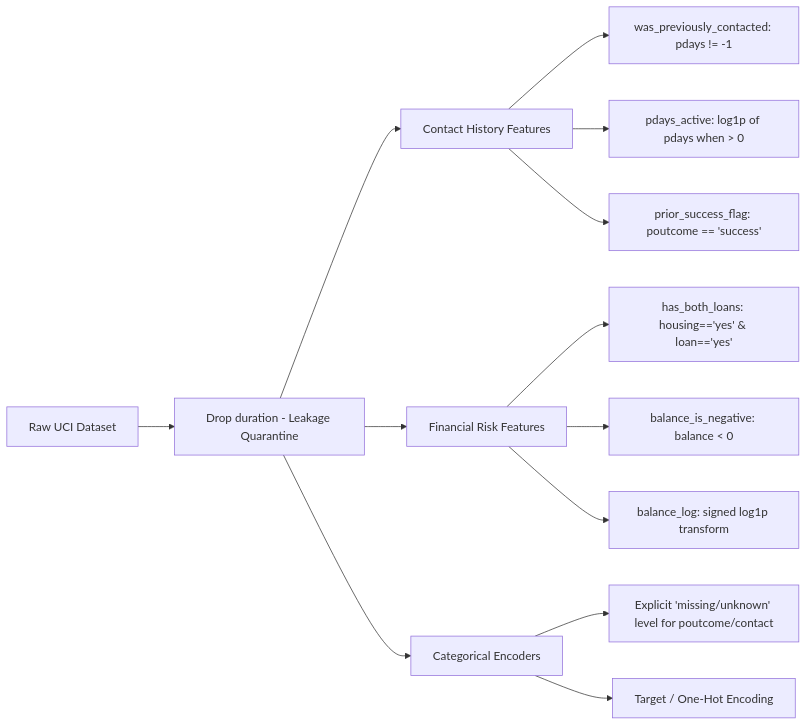
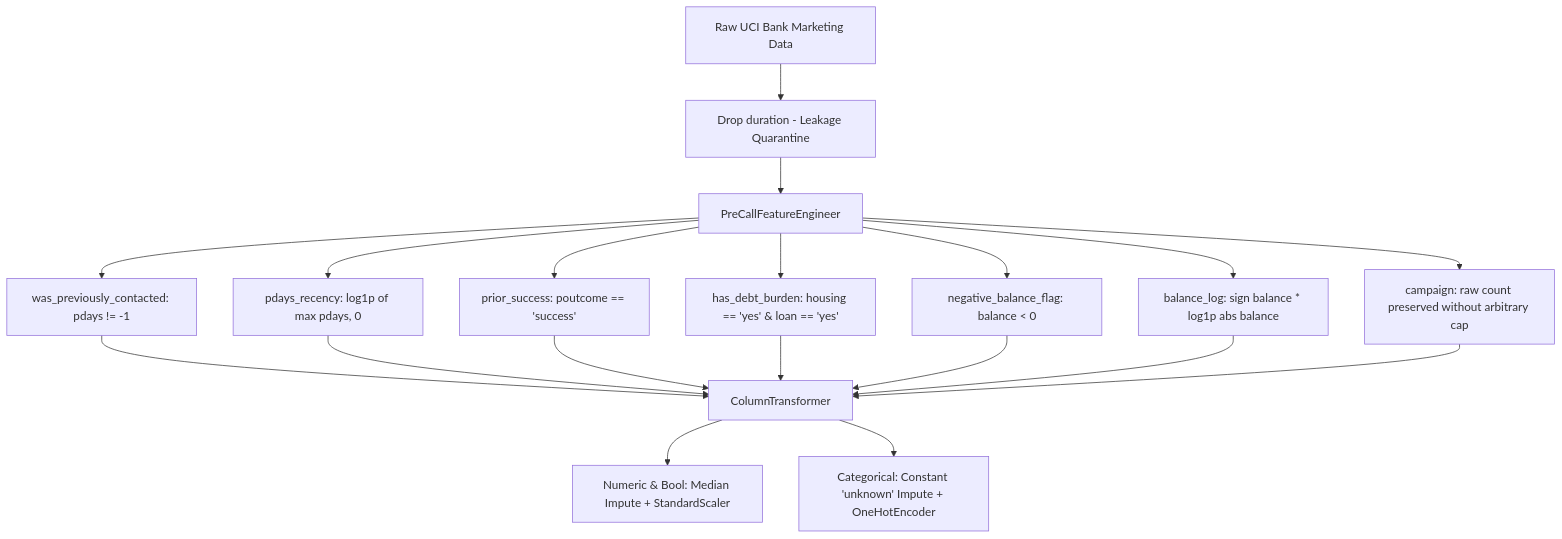
Before and after one commit to Deaversbp/uci_banking_ML_project: the diagram in reports/data_audit_report.md, drawn with Mermaid. The commit also changed other lines of this file and 16 other files, not shown here.

````diff
--- a/reports/data_audit_report.md
+++ b/reports/data_audit_report.md
@@ -209,18 +203,17 @@
 ```mermaid
-flowchart LR
-    A[Raw UCI Dataset] --> B[Drop duration - Leakage Quarantine]
-    B --> C[Contact History Features]
-    B --> D[Financial Risk Features]
-    B --> E[Categorical Encoders]
+flowchart TD
+    Raw[Raw UCI Bank Marketing Data] --> Drop[Drop duration - Leakage Quarantine]
+    Drop --> Eng[PreCallFeatureEngineer]
     
-    C --> C1[was_previously_contacted: pdays != -1]
-    C --> C2[pdays_active: log1p of pdays when > 0]
-    C --> C3[prior_success_flag: poutcome == 'success']
+    Eng --> F1[was_previously_contacted: pdays != -1]
+    Eng --> F2[pdays_recency: log1p of max pdays, 0]
+    Eng --> F3[prior_success: poutcome == 'success']
+    Eng --> F4[has_debt_burden: housing == 'yes' & loan == 'yes']
+    Eng --> F5[negative_balance_flag: balance < 0]
+    Eng --> F6[balance_log: sign balance * log1p abs balance]
+    Eng --> F7[campaign: raw count preserved without arbitrary cap]
     
-    D --> D1[has_both_loans: housing=='yes' & loan=='yes']
-    D --> D2[balance_is_negative: balance < 0]
-    D --> D3[balance_log: signed log1p transform]
-    
-    E --> E1[Explicit 'missing/unknown' level for poutcome/contact]
-    E --> E2[Target / One-Hot Encoding]
+    F1 & F2 & F3 & F4 & F5 & F6 & F7 --> Preproc[ColumnTransformer]
+    Preproc --> NumPipe[Numeric & Bool: Median Impute + StandardScaler]
+    Preproc --> CatPipe[Categorical: Constant 'unknown' Impute + OneHotEncoder]
 ```
````
